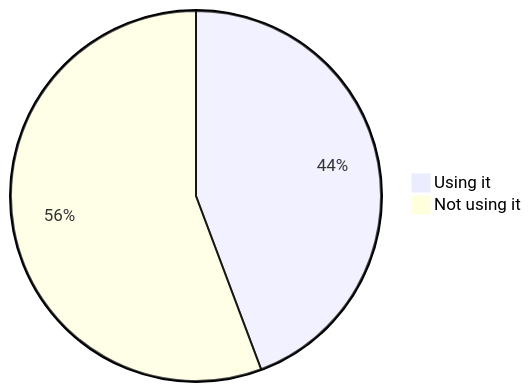
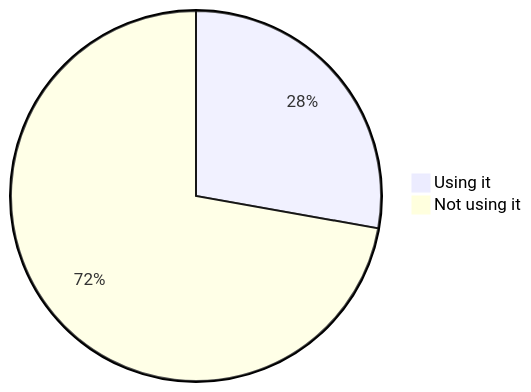
Before and after one commit to oshp/oshp-stats: the first of 18 diagrams in stats.md, drawn with Mermaid. The commit also changed other lines of this file and 1 other file, not shown here.

````diff
--- a/stats.md
+++ b/stats.md
@@ -8,6 +8,6 @@
 ```mermaid
 pie
-	"Using it" : 44.28
-	"Not using it" : 55.72
+	"Using it" : 27.8
+	"Not using it" : 72.2
 
 ```
````
